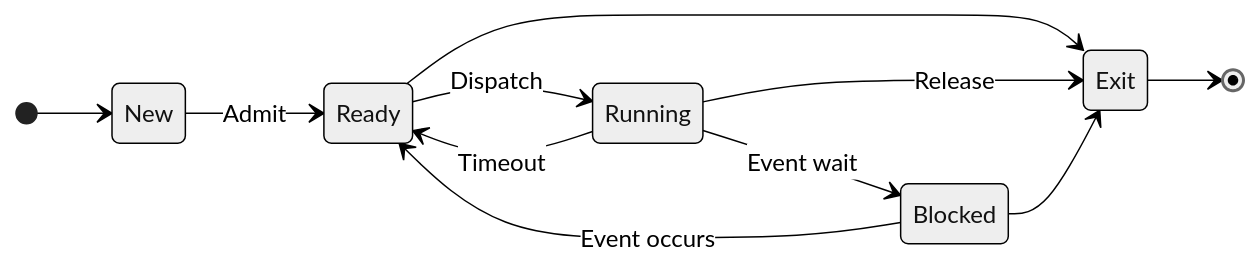
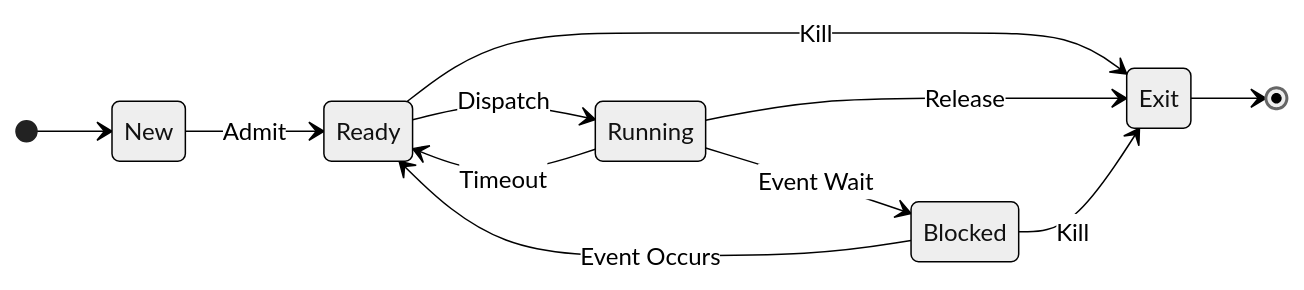
One commit to sravioli/temp-L31 changed the fifth of 18 diagrams in docs/Anno_I/Architettura_degli_Elaboratori_e_Sistemi_Operativi/notes/SO1_so_gestione_processi_scheduling.md. Above: the diagram before and after it, drawn with Mermaid (neutral theme). The commit also changed other lines of this file, not shown here.

First line of the commit message:
fix(docs): general syntax fix, add various mermaid charts

````diff
--- a/docs/Anno_I/Architettura_degli_Elaboratori_e_Sistemi_Operativi/notes/SO1_so_gestione_processi_scheduling.md
+++ b/docs/Anno_I/Architettura_degli_Elaboratori_e_Sistemi_Operativi/notes/SO1_so_gestione_processi_scheduling.md
@@ -250,20 +295,18 @@
 ```mermaid
 stateDiagram-v2
-    direction Lr
-    new: New
-    ready: Ready
-    blocked: Blocked
-    run: Running
-    exit: Exit
+    direction LR
 
-    [*] --> new
-    new --> ready: Admit
-    ready --> run: Dispatch
-    ready --> exit
-    run --> exit: Release
-    run --> ready: Timeout
-    run --> blocked: Event wait
-    blocked --> ready: Event occurs
-    blocked --> exit
-    exit --> [*]
+    [*] --> New
+    New --> Ready: Admit
+    Ready --> Running: Dispatch
+    Ready --> Exit: Kill
+
+    Running --> Exit: Release
+    Running --> Ready: Timeout
+    Running --> Blocked: Event Wait
+
+    Blocked --> Ready: Event Occurs
+    Blocked --> Exit: Kill
+
+    Exit --> [*]
 ```
````
